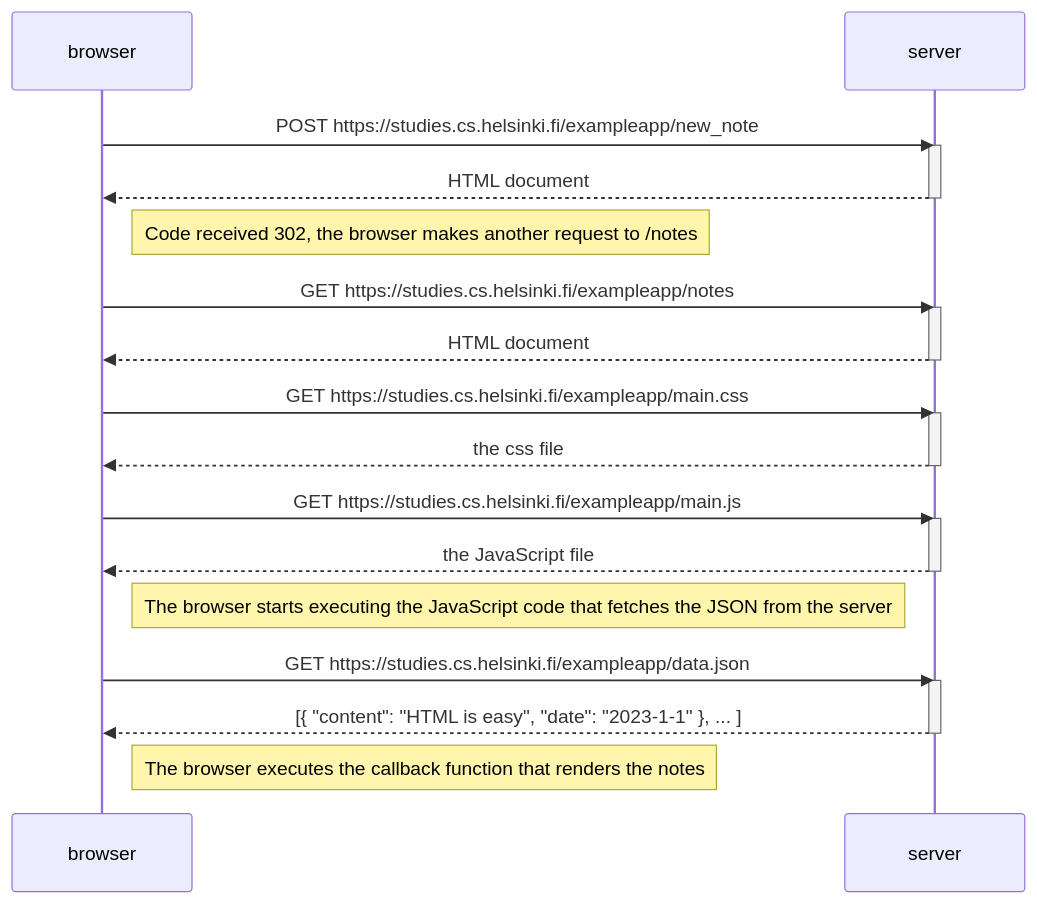
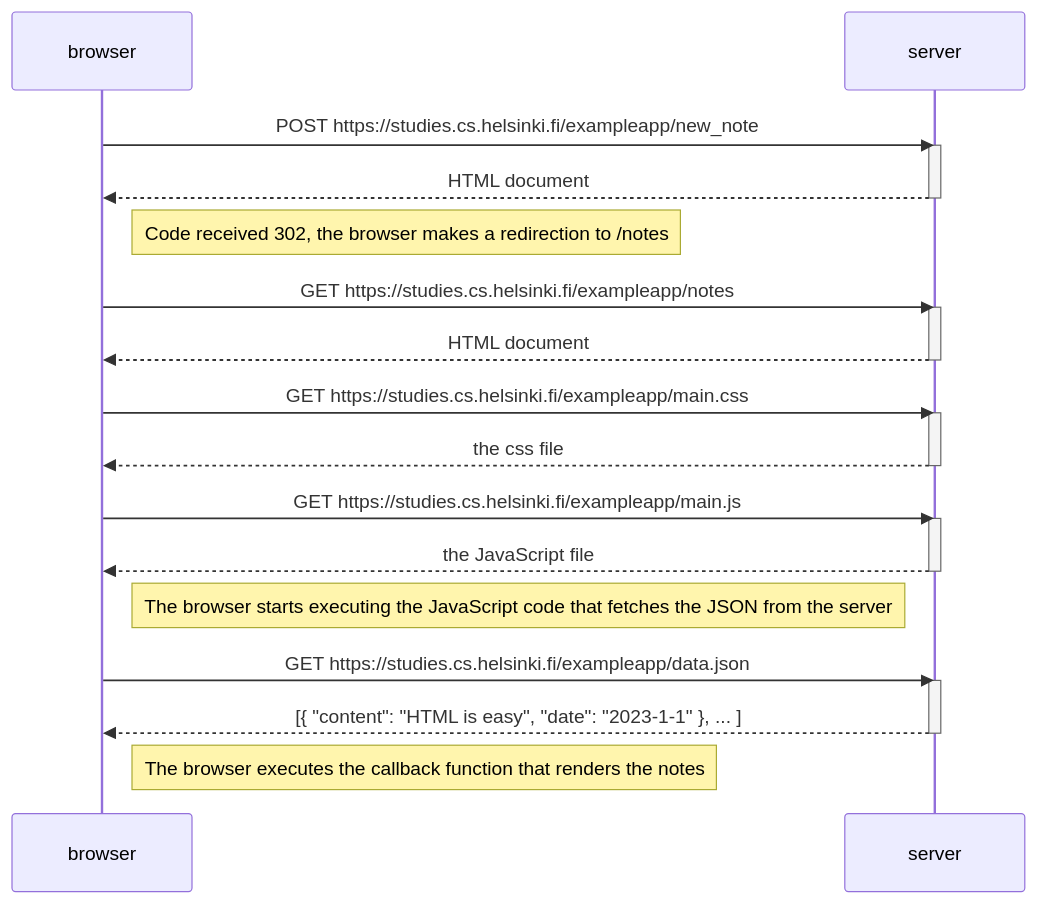
Before and after one commit to cesar2007/full-stack-open: the second of 2 diagrams in part 0/0.4_diagram.md, drawn with Mermaid.

Commit message:
fixed preview of first diagram

````diff
--- a/part 0/0.4_diagram.md
+++ b/part 0/0.4_diagram.md
@@ -36,36 +36,36 @@
 ```mermaid
 sequenceDiagram
     participant browser
     participant server
 
     browser->>server: POST https://studies.cs.helsinki.fi/exampleapp/new_note
     activate server
     server-->>browser: HTML document
     deactivate server
 
-    Note right of browser: Code received 302, the browser makes another request to /notes
+    Note right of browser: Code received 302, the browser makes a redirection to /notes
 
     browser->>server: GET https://studies.cs.helsinki.fi/exampleapp/notes
     activate server
     server-->>browser: HTML document
     deactivate server
 
     browser->>server: GET https://studies.cs.helsinki.fi/exampleapp/main.css
     activate server
     server-->>browser: the css file
     deactivate server
 
     browser->>server: GET https://studies.cs.helsinki.fi/exampleapp/main.js
     activate server
     server-->>browser: the JavaScript file
     deactivate server
 
     Note right of browser: The browser starts executing the JavaScript code that fetches the JSON from the server
 
     browser->>server: GET https://studies.cs.helsinki.fi/exampleapp/data.json
     activate server
     server-->>browser: [{ "content": "HTML is easy", "date": "2023-1-1" }, ... ]
     deactivate server
 
     Note right of browser: The browser executes the callback function that renders the notes
 ```
````
